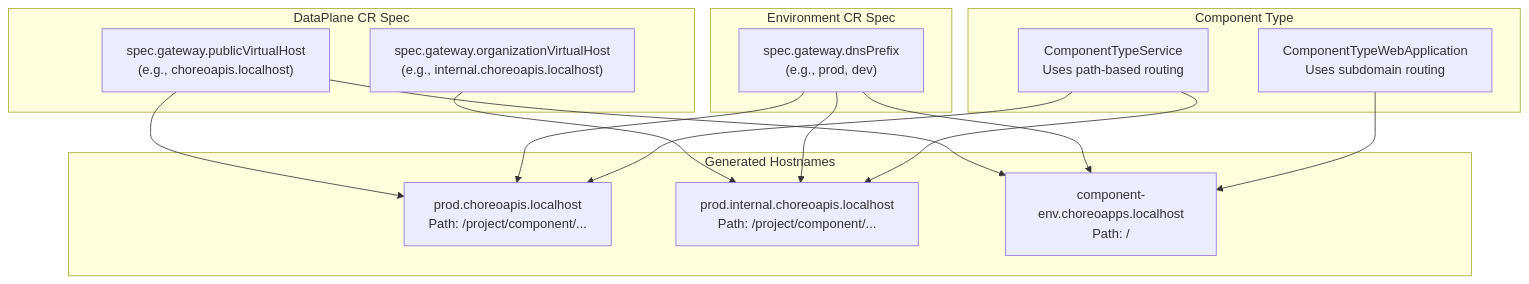
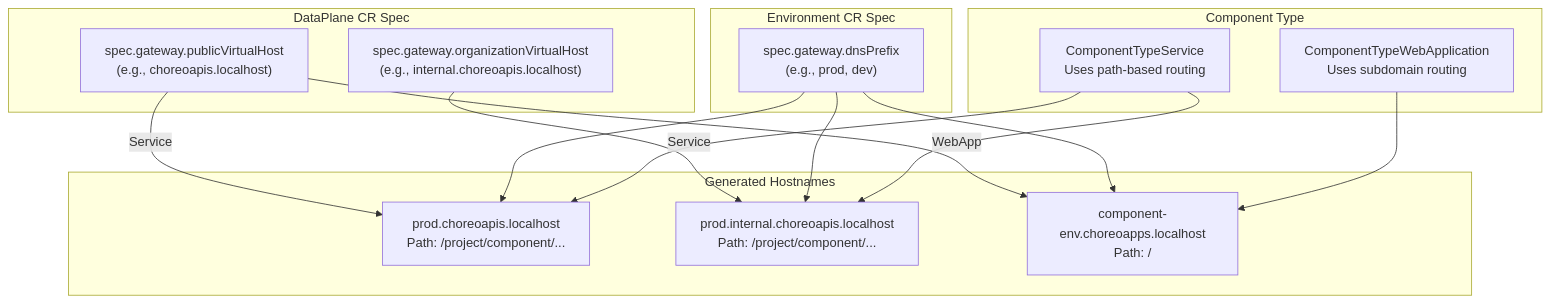
One commit to openchoreo/openchoreo changed the third of 10 diagrams in docs/deepwiki/Cell-Runtime-Model.md. Above: the diagram before and after it, drawn with Mermaid. The commit also changed other lines of this file and 85 other files, not shown here.

Commit message:
feat: Add new workflow and specification templates, update Helm chart dependencies, and clarify documentation diagrams.

````diff
--- a/docs/deepwiki/Cell-Runtime-Model.md
+++ b/docs/deepwiki/Cell-Runtime-Model.md
@@ -171,42 +171,42 @@
 ```mermaid
 flowchart TD
 
 PubVHost["spec.gateway.publicVirtualHost<br>(e.g., choreoapis.localhost)"]
 OrgVHost["spec.gateway.organizationVirtualHost<br>(e.g., internal.choreoapis.localhost)"]
 DNSPrefix["spec.gateway.dnsPrefix<br>(e.g., prod, dev)"]
 Service["ComponentTypeService<br>Uses path-based routing"]
 WebApp["ComponentTypeWebApplication<br>Uses subdomain routing"]
 ServicePublic["prod.choreoapis.localhost<br>Path: /project/component/..."]
 ServiceOrg["prod.internal.choreoapis.localhost<br>Path: /project/component/..."]
 WebAppPublic["component-env.choreoapps.localhost<br>Path: /"]
 
-PubVHost --> ServicePublic
-OrgVHost --> ServiceOrg
-PubVHost --> WebAppPublic
+PubVHost -->|"Service"| ServicePublic
+OrgVHost -->|"Service"| ServiceOrg
+PubVHost -->|"WebApp"| WebAppPublic
 DNSPrefix --> ServicePublic
 DNSPrefix --> ServiceOrg
 DNSPrefix --> WebAppPublic
 Service --> ServicePublic
 Service --> ServiceOrg
 WebApp --> WebAppPublic
 
 subgraph Hostnames ["Generated Hostnames"]
     ServicePublic
     ServiceOrg
     WebAppPublic
 end
 
 subgraph ComponentTypes ["Component Type"]
     Service
     WebApp
 end
 
 subgraph Environment ["Environment CR Spec"]
     DNSPrefix
 end
 
 subgraph DataPlane ["DataPlane CR Spec"]
     PubVHost
     OrgVHost
 end
 ```
````
